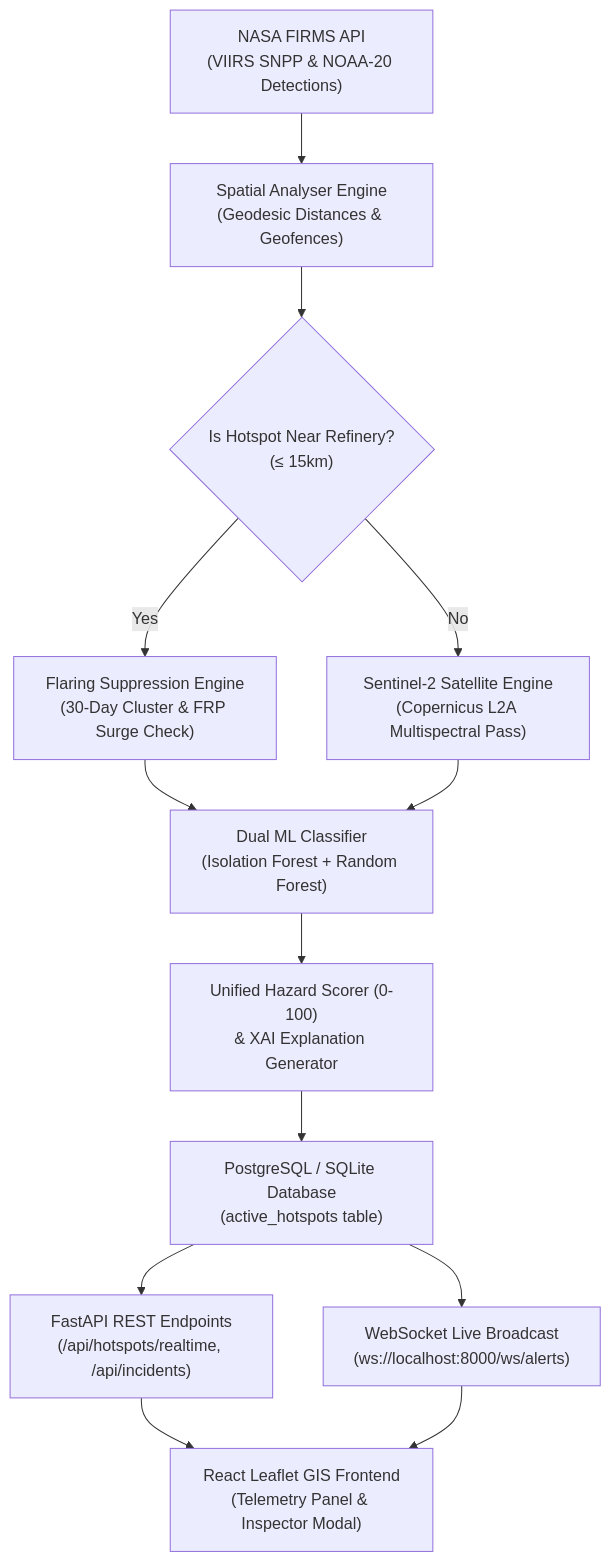
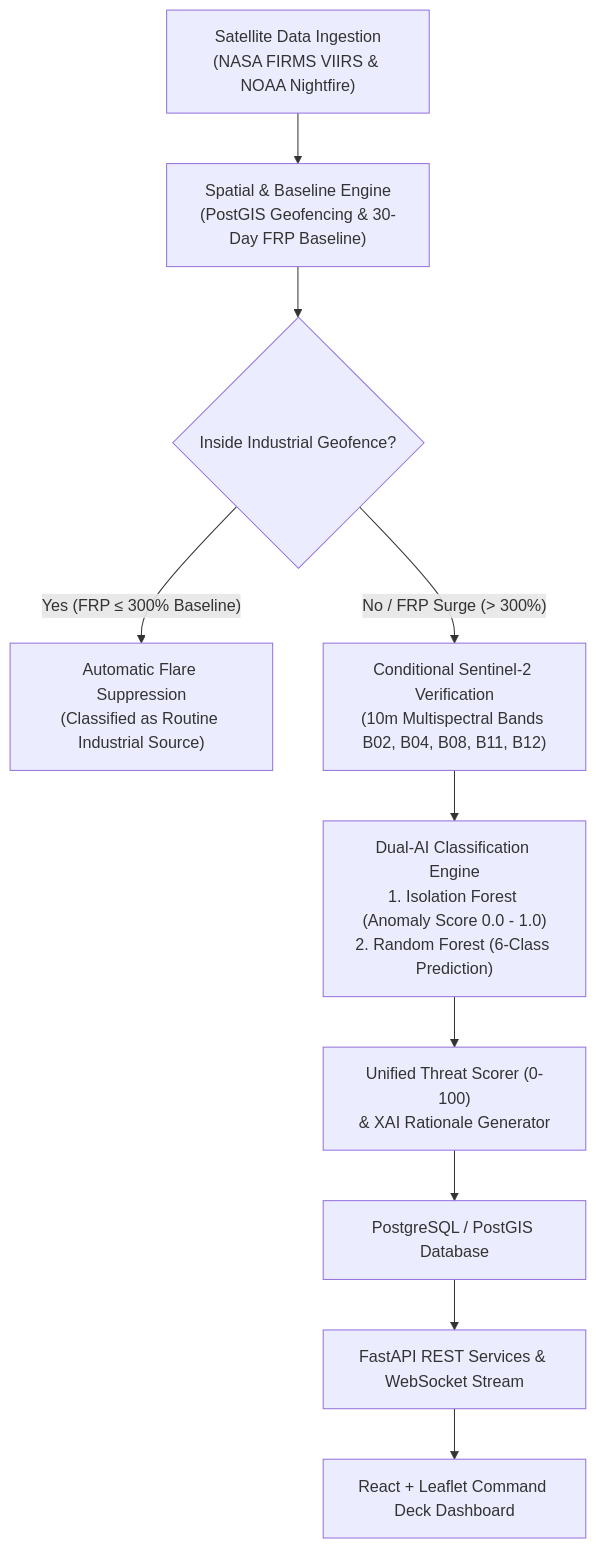
Before and after one commit to vaishvi-dholakia/SIH_2026: the diagram in README.md, drawn with Mermaid. The commit also changed other lines of this file and 2 other files, not shown here.

````diff
--- a/README.md
+++ b/README.md
@@ -48,20 +61,15 @@
 ```mermaid
 flowchart TD
-    A["NASA FIRMS API\n(VIIRS SNPP & NOAA-20 Detections)"] --> B["Spatial Analyser Engine\n(Geodesic Distances & Geofences)"]
-    B --> C{"Is Hotspot Near Refinery?\n(≤ 15km)"}
+    A["Satellite Data Ingestion\n(NASA FIRMS VIIRS & NOAA Nightfire)"] --> B["Spatial & Baseline Engine\n(PostGIS Geofencing & 30-Day FRP Baseline)"]
+    B --> C{"Inside Industrial Geofence?"}
     
-    C -- Yes --> D["Flaring Suppression Engine\n(30-Day Cluster & FRP Surge Check)"]
-    C -- No --> E["Sentinel-2 Satellite Engine\n(Copernicus L2A Multispectral Pass)"]
+    C -- Yes (FRP ≤ 300% Baseline) --> D["Automatic Flare Suppression\n(Classified as Routine Industrial Source)"]
+    C -- No / FRP Surge (> 300%) --> E["Conditional Sentinel-2 Verification\n(10m Multispectral Bands B02, B04, B08, B11, B12)"]
     
-    D --> F["Dual ML Classifier\n(Isolation Forest + Random Forest)"]
-    E --> F
+    E --> F["Dual-AI Classification Engine\n1. Isolation Forest (Anomaly Score 0.0 - 1.0)\n2. Random Forest (6-Class Prediction)"]
+    F --> G["Unified Threat Scorer (0-100)\n& XAI Rationale Generator"]
     
-    F --> G["Unified Hazard Scorer (0-100)\n& XAI Explanation Generator"]
-    G --> H["PostgreSQL / SQLite Database\n(active_hotspots table)"]
-    
-    H --> I["FastAPI REST Endpoints\n(/api/hotspots/realtime, /api/incidents)"]
-    H --> J["WebSocket Live Broadcast\n(ws://localhost:8000/ws/alerts)"]
-    
-    I --> K["React Leaflet GIS Frontend\n(Telemetry Panel & Inspector Modal)"]
-    J --> K
+    G --> H["PostgreSQL / PostGIS Database"]
+    H --> I["FastAPI REST Services & WebSocket Stream"]
+    I --> J["React + Leaflet Command Deck Dashboard"]
 ```
````
